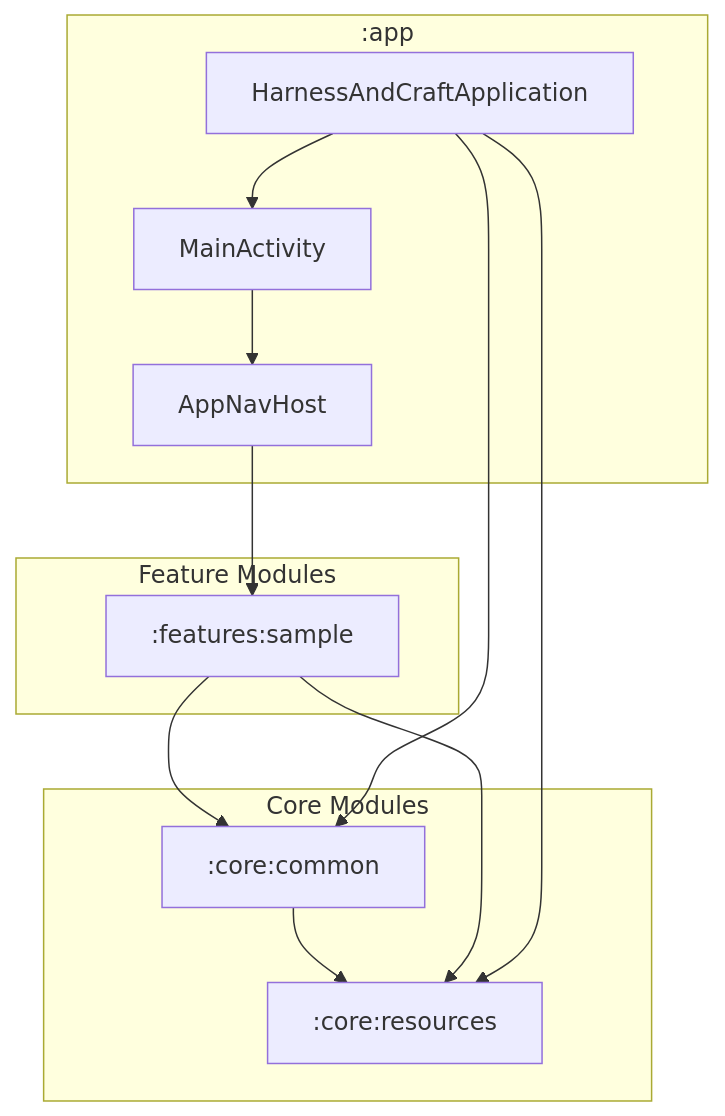
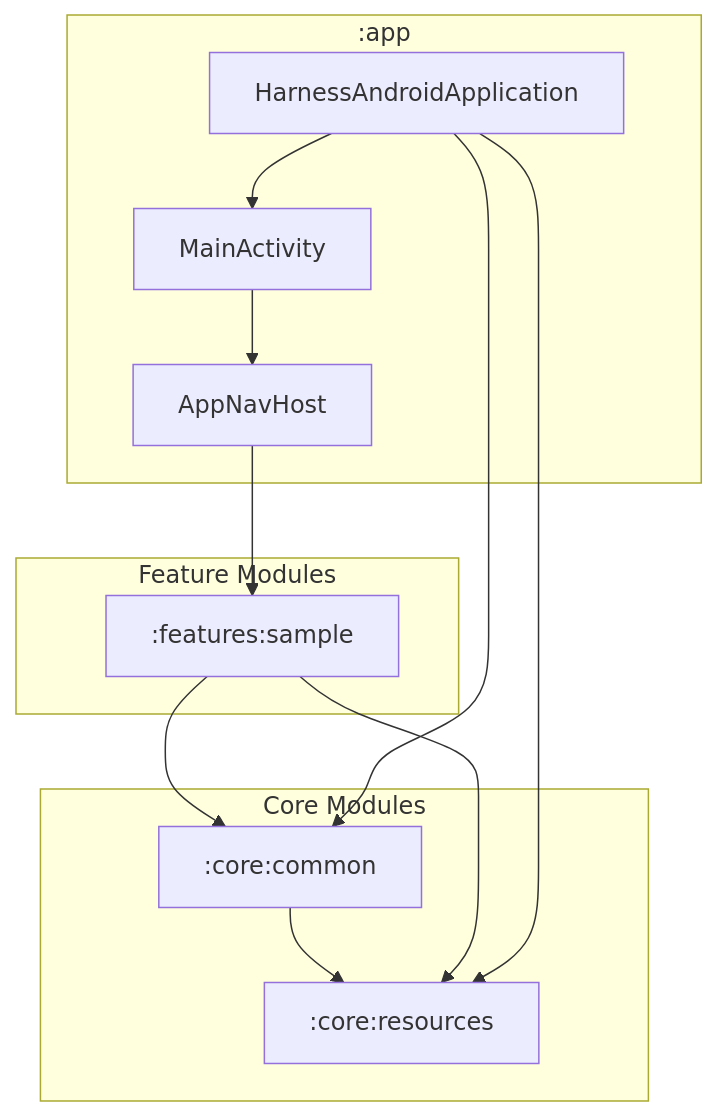
Before and after one commit to makoionut/HarnessAndCraft: the first of 6 diagrams in README.md, drawn with Mermaid. The commit also changed other lines of this file and 25 other files, not shown here.

````diff
--- a/README.md
+++ b/README.md
@@ -12,20 +12,20 @@
 ```mermaid
 graph TD
     subgraph App Module [:app]
-        A[HarnessAndCraftApplication] --> B[MainActivity]
+        A[HarnessAndroidApplication] --> B[MainActivity]
         B --> C[AppNavHost]
     end
 
     subgraph Core Modules
         D[:core:common] --> E[:core:resources]
     end
 
     subgraph Feature Modules
         F[:features:sample] --> D
         F --> E
     end
 
     C --> F
     A --> D
     A --> E
 ```
````
